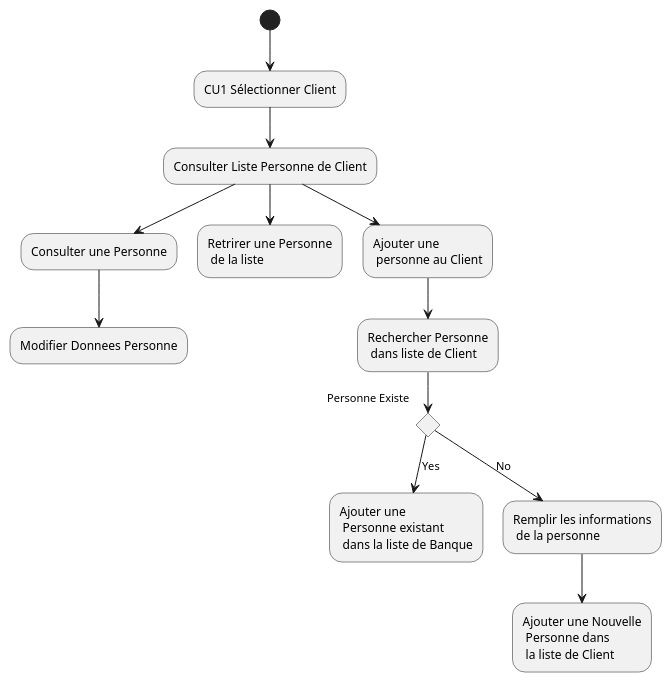
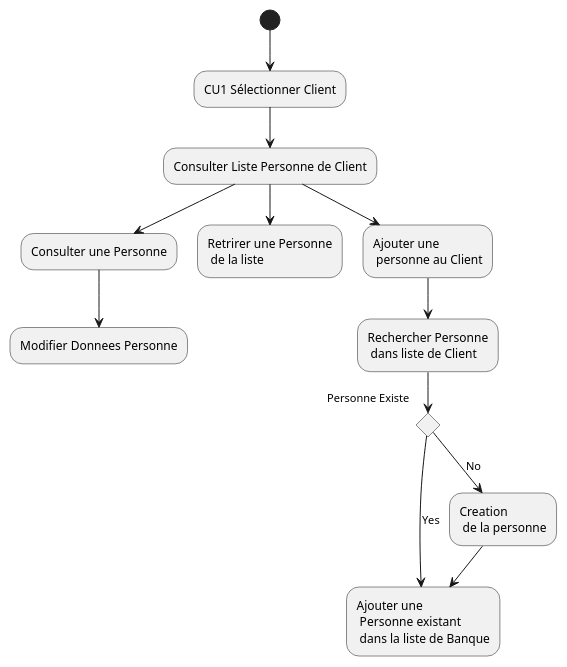
Before and after one commit to HZjiadong/PLD-MARS: the diagram in src/documentation/CU2-DA.puml, drawn with PlantUML. The commit also changed 2 other files, not shown here.

```diff
--- a/src/documentation/CU2-DA.puml
+++ b/src/documentation/CU2-DA.puml
@@ -1,20 +1,20 @@
 @startuml
 (*) --> "CU1 Sélectionner Client"
 --> "Consulter Liste Personne de Client"
 
 "Consulter Liste Personne de Client" --> "Consulter une Personne"
 "Consulter Liste Personne de Client" --> "Retrirer une Personne\n de la liste"
 "Consulter Liste Personne de Client" --> "Ajouter une\n personne au Client"
 
 "Consulter une Personne"--> "Modifier Donnees Personne"
 
 
 "Ajouter une\n personne au Client"--> "Rechercher Personne\n dans liste de Client"
 If "Personne Existe"
 -->[Yes] "Ajouter une\n Personne existant\n dans la liste de Banque"
 else
--->[No] "Remplir les informations\n de la personne"
---> "Ajouter une Nouvelle\n Personne dans\n la liste de Client"
+-->[No] "Creation\n de la personne"
+--> "Ajouter une\n Personne existant\n dans la liste de Banque"
 
 
 @enduml
```
